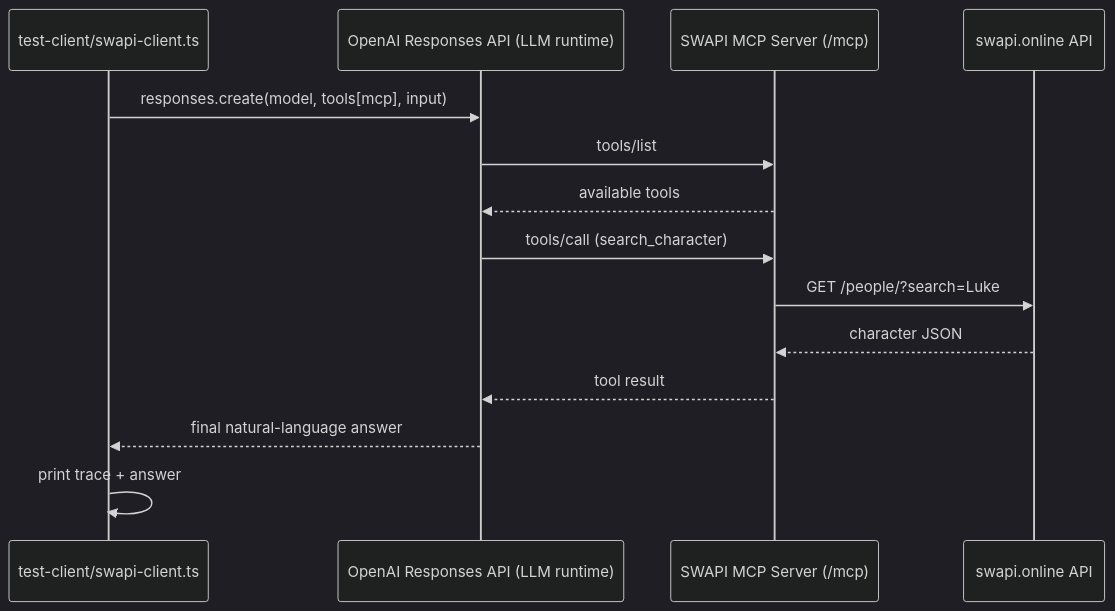
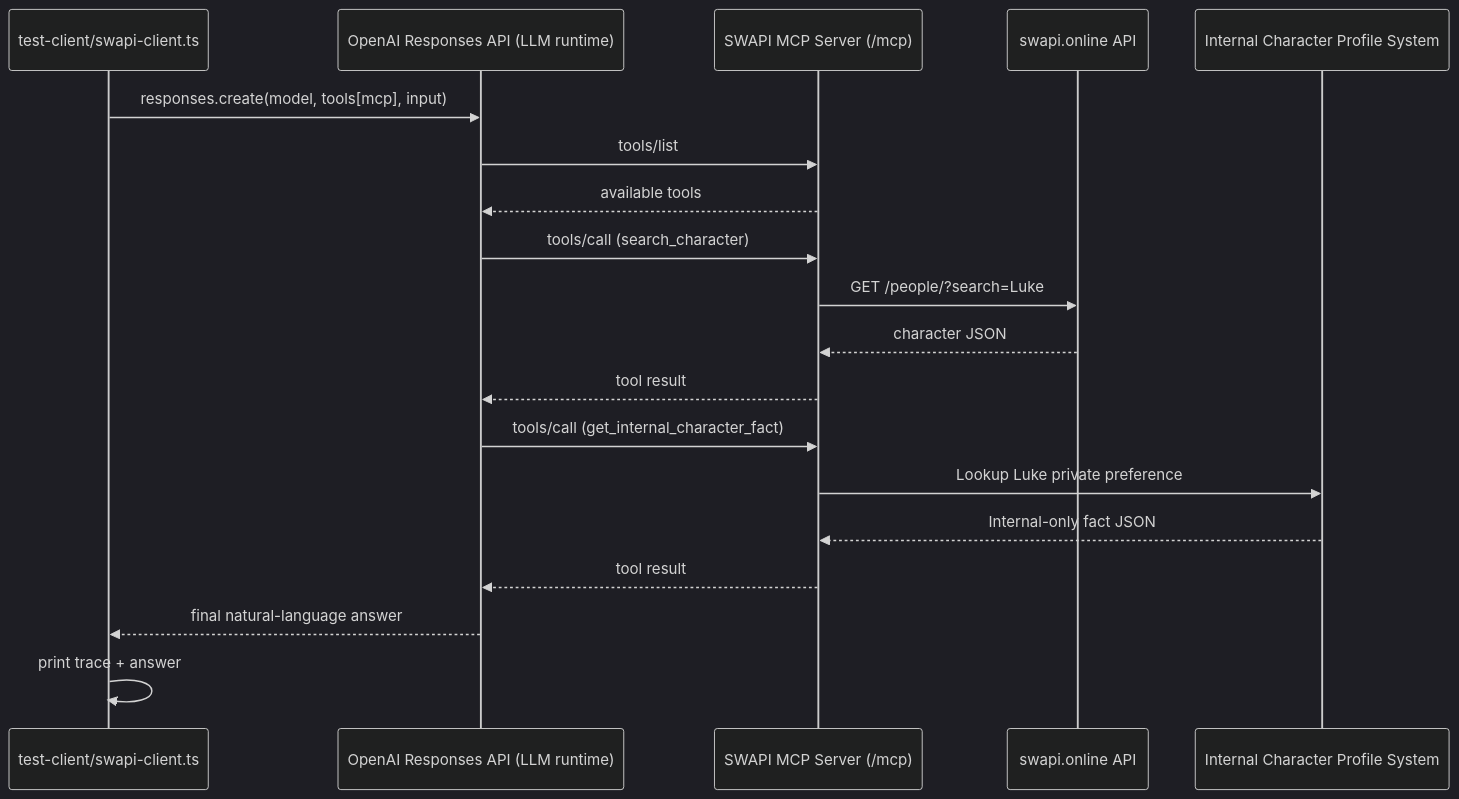
The diagram in README.md (olaekdahl/swapi-mcp-server), drawn with Mermaid (dark theme) before and after one commit. The commit also changed other lines of this file and 7 other files, not shown here.

Commit message:
feat: add internal character fact tool and enhance environment configurations

````diff
--- a/README.md
+++ b/README.md
@@ -364,17 +442,22 @@
 ```mermaid
 sequenceDiagram
   participant Console as test-client/swapi-client.ts
   participant OpenAI as OpenAI Responses API (LLM runtime)
   participant MCP as SWAPI MCP Server (/mcp)
   participant SWAPI as swapi.online API
+  participant Internal as Internal Character Profile System
 
   Console->>OpenAI: responses.create(model, tools[mcp], input)
   OpenAI->>MCP: tools/list
   MCP-->>OpenAI: available tools
   OpenAI->>MCP: tools/call (search_character)
   MCP->>SWAPI: GET /people/?search=Luke
   SWAPI-->>MCP: character JSON
   MCP-->>OpenAI: tool result
+  OpenAI->>MCP: tools/call (get_internal_character_fact)
+  MCP->>Internal: Lookup Luke private preference
+  Internal-->>MCP: Internal-only fact JSON
+  MCP-->>OpenAI: tool result
   OpenAI-->>Console: final natural-language answer
   Console->>Console: print trace + answer
 ```
````
